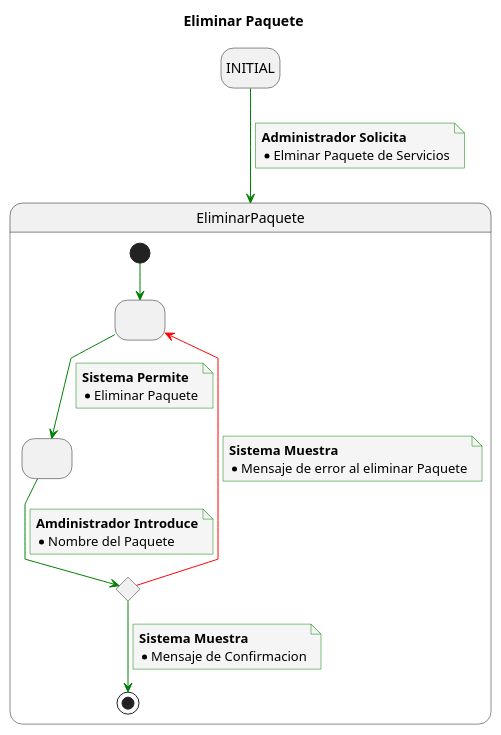
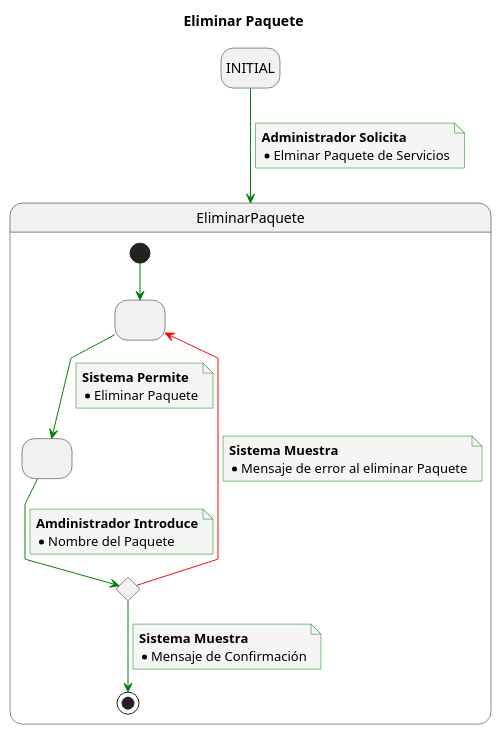
Before and after one commit to mmasias/23-24-IdSw1-SDR: the diagram in Caso_de_Uso/Casos_de_Uso/Usuarios/Administrador/CRUD_Paquetes_de_Servicios/Eliminar_Paquete/EliminarPaquete.puml, drawn with PlantUML. The commit also changed 4 other files, not shown here.

```diff
--- a/Caso_de_Uso/Casos_de_Uso/Usuarios/Administrador/CRUD_Paquetes_de_Servicios/Eliminar_Paquete/EliminarPaquete.puml
+++ b/Caso_de_Uso/Casos_de_Uso/Usuarios/Administrador/CRUD_Paquetes_de_Servicios/Eliminar_Paquete/EliminarPaquete.puml
@@ -1,53 +1,53 @@
 @startuml
 title Eliminar Paquete
 
 skinparam {
     NoteBackgroundColor #whiteSmoke
     ArrowColor #green
     NoteBorderColor #green
     linetype polyline
 }
 
 hide empty description
 
 state startState as "INITIAL"
 
 startState --> EliminarPaquete
 note on link
     <b>Administrador Solicita</b>
     * Elminar Paquete de Servicios
 end note
 
 state EliminarPaquete{
 state 2 as " "
 state 3 as " "
 state 4 <<choice>>
 
 [*] -down-> 2
 
 2 -down-> 3
 note on link
 <b>Sistema Permite</b>
 * Eliminar Paquete
 end note
 
 3 -down-> 4
 note on link
 <b>Amdinistrador Introduce</b>
 * Nombre del Paquete
 end note
 
 4 -down-> [*]
 note on link
 <b>Sistema Muestra</b>
-* Mensaje de Confirmacion
+* Mensaje de Confirmación
 end note
 
 4 -[#red]-> 2
 note on link
 <b>Sistema Muestra</b>
 * Mensaje de error al eliminar Paquete
 end note
 
 }
 @enduml
```
